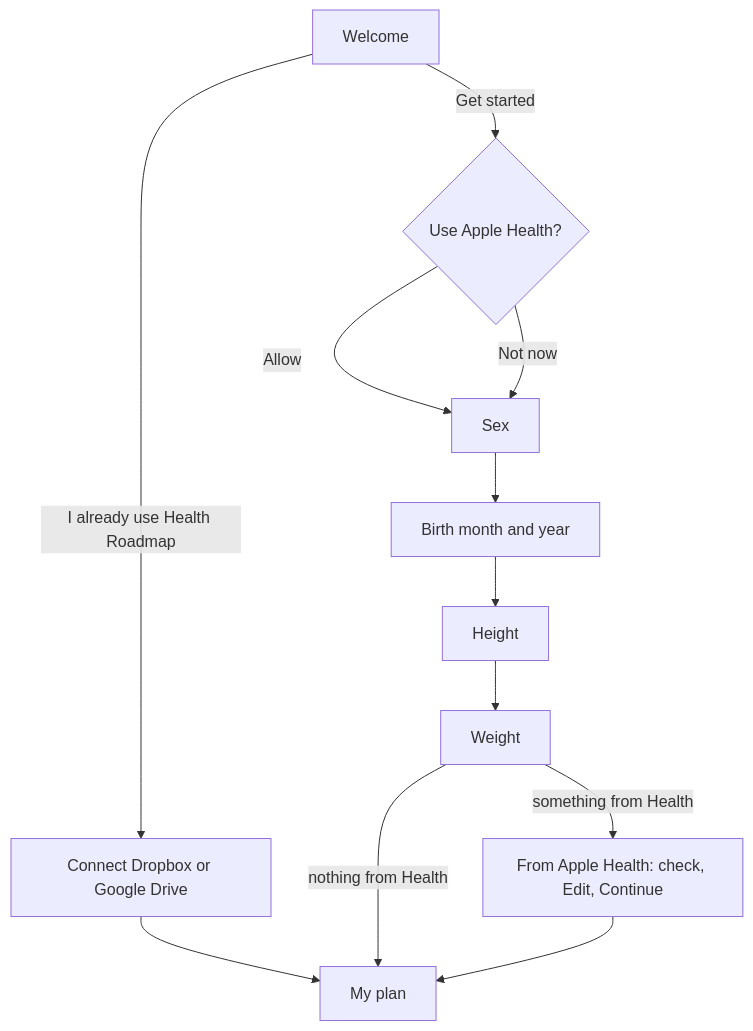
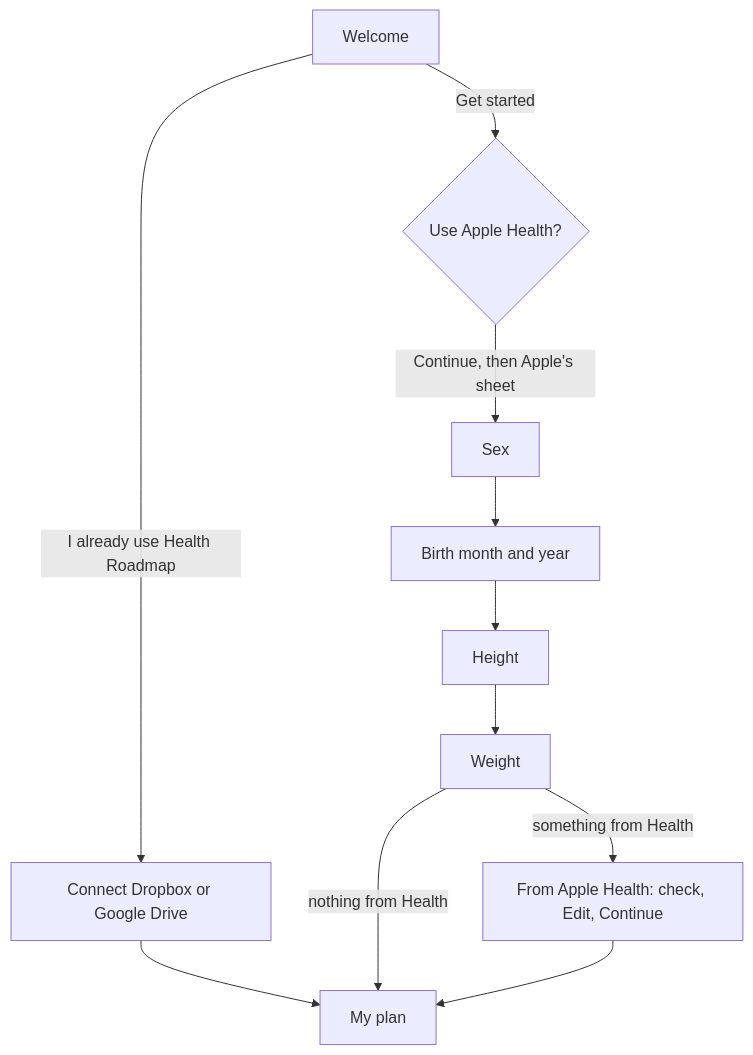
Before and after one commit to DrBradStanfield/roadmap: the diagram in ios/onboarding.md, drawn with Mermaid. The commit also changed other lines of this file and 6 other files, not shown here.

First line of the commit message:
iOS onboarding: Apple Health page says Continue, no Not now (App Review 5.1.1(iv))

````diff
--- a/ios/onboarding.md
+++ b/ios/onboarding.md
@@ -37,14 +37,13 @@
 ```mermaid
 flowchart TD
   W[Welcome] -->|Get started| H{Use Apple Health?}
   W -->|I already use Health Roadmap| C[Connect Dropbox or Google Drive]
   C --> P
-  H -->|Allow| Q1
-  H -->|Not now| Q1
+  H -->|Continue, then Apple's sheet| Q1
   Q1[Sex] --> Q2[Birth month and year]
   Q2 --> Q3[Height]
   Q3 --> Q4[Weight]
   Q4 -->|nothing from Health| P[My plan]
   Q4 -->|something from Health| R[From Apple Health: check, Edit, Continue]
   R --> P
 ```
````
